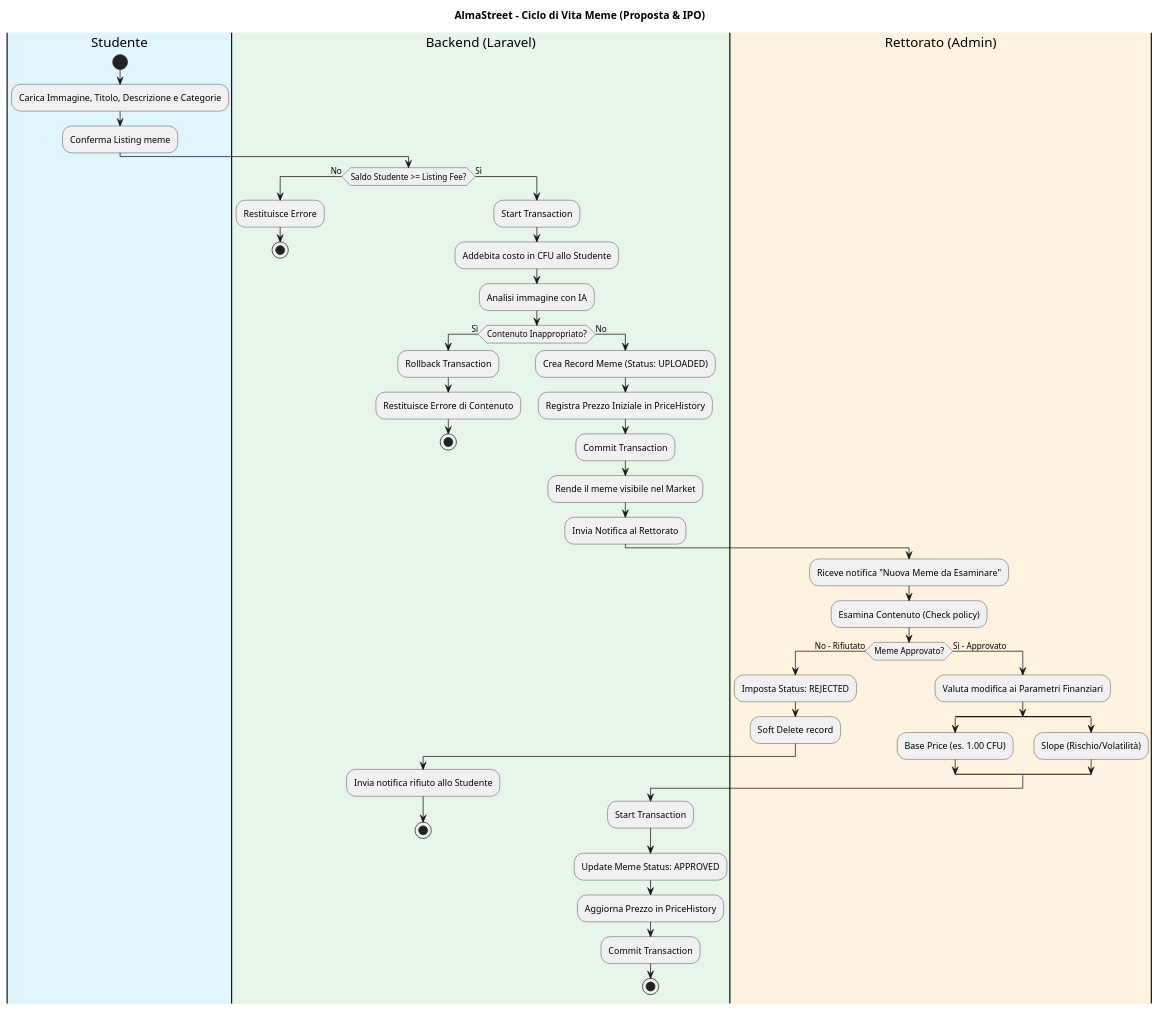
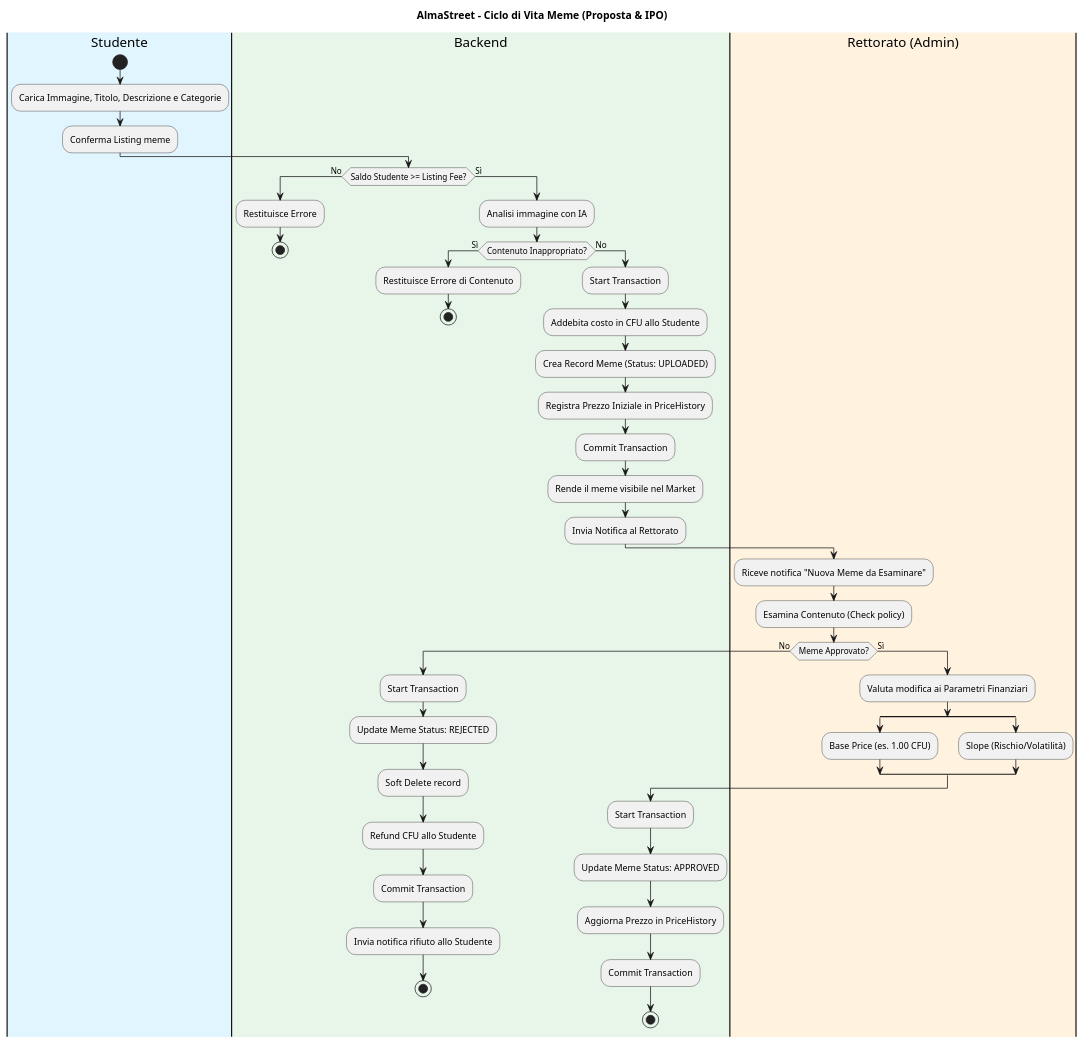
Before and after one commit to D3stan/uni-meme-stock-market: the diagram in memesLifecycle.wsd, drawn with PlantUML.

Commit message:
meme logic updated

```diff
--- a/memesLifecycle.wsd
+++ b/memesLifecycle.wsd
@@ -1,55 +1,57 @@
 @startuml MemeLifecycle
 title AlmaStreet - Ciclo di Vita Meme (Proposta & IPO)
 
 |#e1f5fe|Studente|
 start
 :Carica Immagine, Titolo, Descrizione e Categorie;
 :Conferma Listing meme;
 
-|#e8f5e9|Backend (Laravel)|
+|#e8f5e9|Backend|
 if (Saldo Studente >= Listing Fee?) then (No)
     :Restituisce Errore;
     stop
 else (Sì)
-    :Start Transaction;
-    :Addebita costo in CFU allo Studente;
     :Analisi immagine con IA;
     if (Contenuto Inappropriato?) then (Sì)
-        :Rollback Transaction;
         :Restituisce Errore di Contenuto;
         stop
     else (No)
+    :Start Transaction;
+    :Addebita costo in CFU allo Studente;
     :Crea Record Meme (Status: UPLOADED);
     :Registra Prezzo Iniziale in PriceHistory;
     :Commit Transaction;
     :Rende il meme visibile nel Market;
     :Invia Notifica al Rettorato;
 endif
 
 |#fff3e0|Rettorato (Admin)|
 :Riceve notifica "Nuova Meme da Esaminare";
 :Esamina Contenuto (Check policy);
 
-if (Meme Approvato?) then (No - Rifiutato)
-    :Imposta Status: REJECTED;
+if (Meme Approvato?) then (No)
+    |Backend|
+    :Start Transaction;
+    :Update Meme Status: REJECTED;
     :Soft Delete record;
-    |Backend (Laravel)|
+    :Refund CFU allo Studente;
+    :Commit Transaction;
     :Invia notifica rifiuto allo Studente;
     stop
-else (Sì - Approvato)
+else (Sì)
     |Rettorato (Admin)|
     :Valuta modifica ai Parametri Finanziari;
     split
         :Base Price (es. 1.00 CFU);
     split again
         :Slope (Rischio/Volatilità);
     end split
 
-    |Backend (Laravel)|
+    |Backend|
     :Start Transaction;
     :Update Meme Status: APPROVED;
     :Aggiorna Prezzo in PriceHistory;
     :Commit Transaction;
     stop
 endif
 @enduml
```
